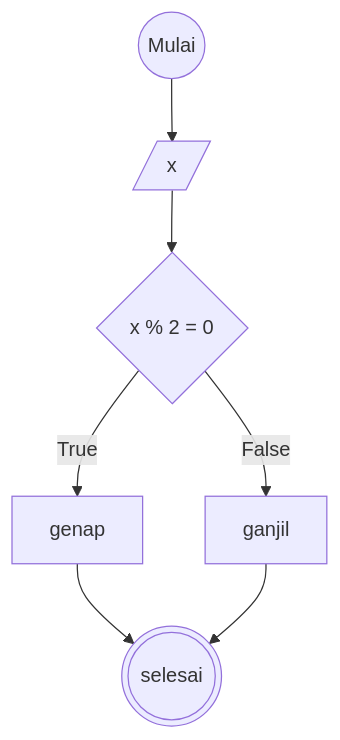
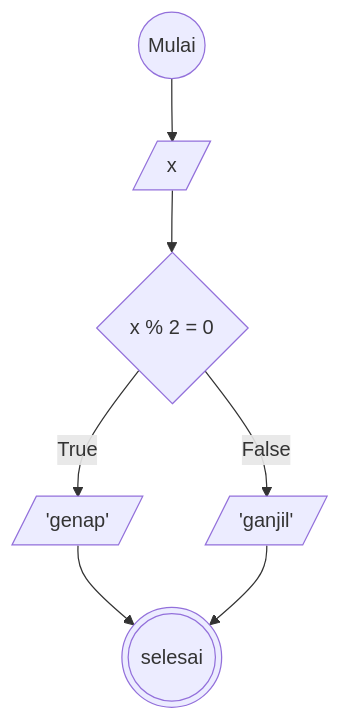
The diagram in Algoritma_menentukan_bilangan_ganjil_atau_genap.md (Antofebriann/fgo24-Algoritma), drawn with Mermaid before and after one commit. The commit also changed other lines of this file and 1 other file, not shown here.

````diff
--- a/Algoritma_menentukan_bilangan_ganjil_atau_genap.md
+++ b/Algoritma_menentukan_bilangan_ganjil_atau_genap.md
@@ -13,17 +10,17 @@
 ```mermaid
 flowchart TD
     a@{shape: circle, label: "Mulai"}
     b@{shape: lean-r, label: "x"}
     c{x % 2 = 0}
-    d[ganjil]
-    e[genap]
+    d[/'ganjil'/]
+    e[/'genap'/]
     x@{shape: dbl-circ, label: "selesai"}
 
     a --> b
     b --> c
     c -->|False| d
     c -->|True| e
     e --> x
     d --> x
 
 ```
````
